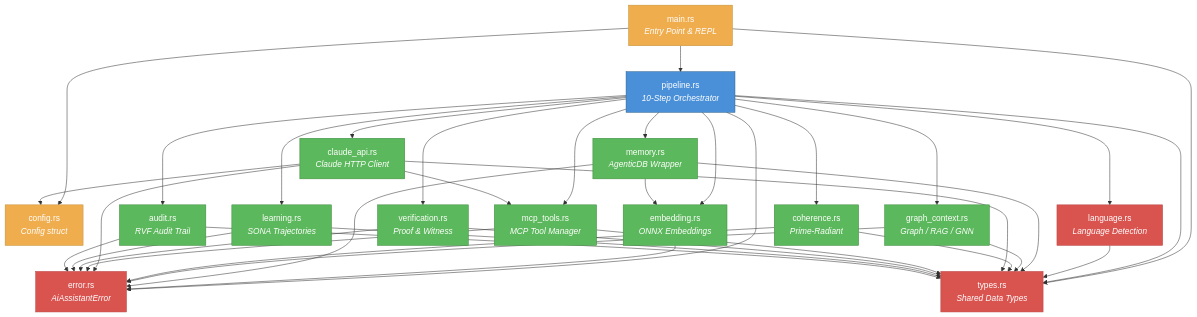
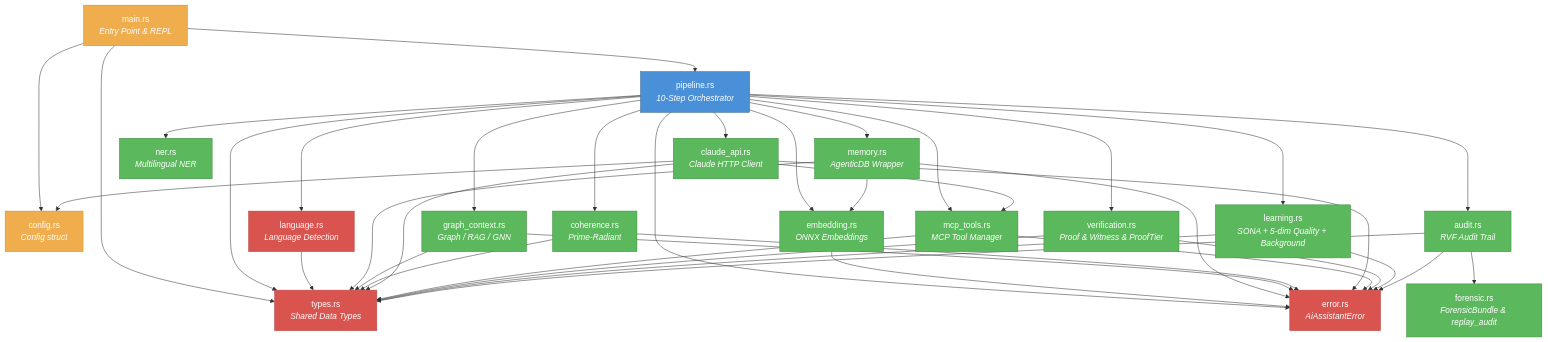
The first of 5 diagrams in docs/architecture.md (dk-d3v/Vesper), drawn with Mermaid before and after one commit. The commit also changed other lines of this file, not shown here.

Commit message:
docs: update architecture.md to v2.0.0 — reflect all implemented modules

````diff
--- a/docs/architecture.md
+++ b/docs/architecture.md
@@ -72,68 +74,72 @@
 ```mermaid
 graph TD
     MAIN["main.rs<br/><i>Entry Point & REPL</i>"]
     CFG["config.rs<br/><i>Config struct</i>"]
     PIPE["pipeline.rs<br/><i>10-Step Orchestrator</i>"]
     TYPES["types.rs<br/><i>Shared Data Types</i>"]
     ERR["error.rs<br/><i>AiAssistantError</i>"]
     LANG["language.rs<br/><i>Language Detection</i>"]
     EMB["embedding.rs<br/><i>ONNX Embeddings</i>"]
     MEM["memory.rs<br/><i>AgenticDB Wrapper</i>"]
     GRAPH["graph_context.rs<br/><i>Graph / RAG / GNN</i>"]
     COH["coherence.rs<br/><i>Prime-Radiant</i>"]
     CLAUDE["claude_api.rs<br/><i>Claude HTTP Client</i>"]
     MCP["mcp_tools.rs<br/><i>MCP Tool Manager</i>"]
-    VERIF["verification.rs<br/><i>Proof & Witness</i>"]
-    LEARN["learning.rs<br/><i>SONA Trajectories</i>"]
+    VERIF["verification.rs<br/><i>Proof & Witness & ProofTier</i>"]
+    LEARN["learning.rs<br/><i>SONA + 5-dim Quality + Background</i>"]
     AUDIT["audit.rs<br/><i>RVF Audit Trail</i>"]
+    FORENSIC["forensic.rs<br/><i>ForensicBundle & replay_audit</i>"]
+    NER["ner.rs<br/><i>Multilingual NER</i>"]
 
     MAIN --> CFG
     MAIN --> PIPE
     MAIN --> TYPES
 
     PIPE --> LANG
     PIPE --> EMB
     PIPE --> MEM
     PIPE --> GRAPH
     PIPE --> COH
     PIPE --> CLAUDE
     PIPE --> MCP
     PIPE --> VERIF
     PIPE --> LEARN
     PIPE --> AUDIT
+    PIPE --> NER
     PIPE --> TYPES
+    AUDIT --> FORENSIC
     PIPE --> ERR
 
     MEM --> EMB
     CLAUDE --> MCP
     CLAUDE --> CFG
 
     LANG --> TYPES
     EMB --> ERR
     MEM --> ERR
     MEM --> TYPES
     GRAPH --> TYPES
     GRAPH --> ERR
     COH --> TYPES
     COH --> ERR
     CLAUDE --> TYPES
     CLAUDE --> ERR
     MCP --> TYPES
     MCP --> ERR
     VERIF --> TYPES
     VERIF --> ERR
     LEARN --> TYPES
     LEARN --> ERR
     AUDIT --> TYPES
     AUDIT --> ERR
 
     classDef orchestrator fill:#4a90d9,stroke:#2c5f8a,color:#fff
     classDef core fill:#5cb85c,stroke:#3d8b3d,color:#fff
     classDef infra fill:#f0ad4e,stroke:#c49038,color:#fff
     classDef shared fill:#d9534f,stroke:#b94a48,color:#fff
 
     class PIPE orchestrator
-    class EMB,MEM,GRAPH,COH,CLAUDE,MCP,VERIF,LEARN,AUDIT core
+    class EMB,MEM,GRAPH,COH,CLAUDE,MCP,VERIF,LEARN,AUDIT,FORENSIC,NER core
     class MAIN,CFG infra
     class TYPES,ERR,LANG shared
 ```
````
